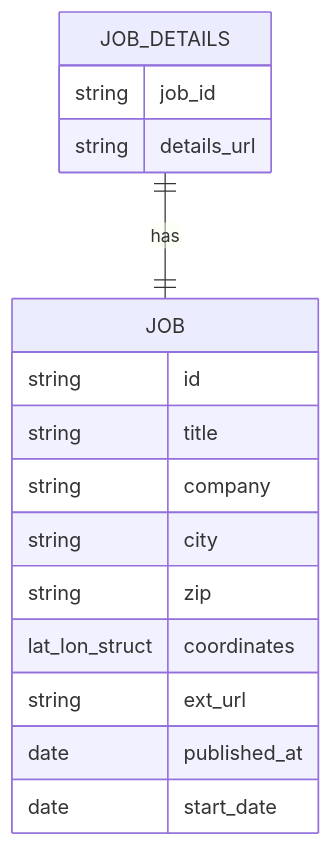
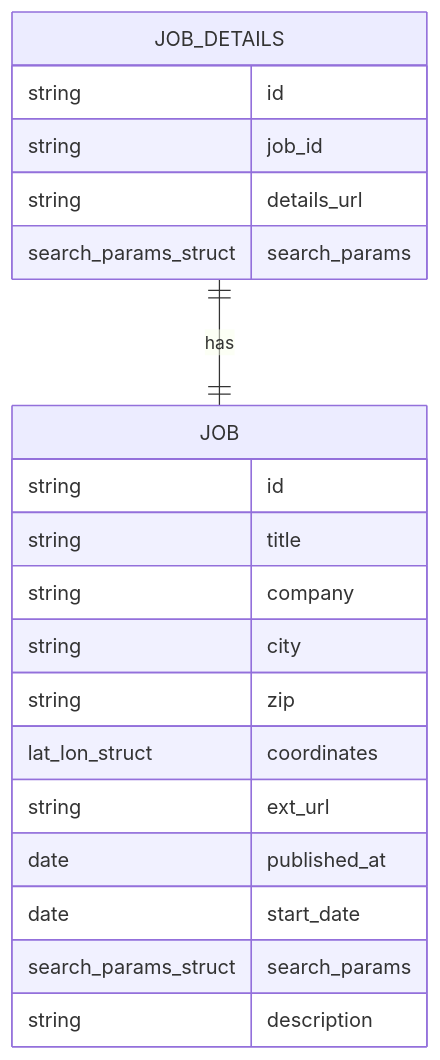
The third of 3 diagrams in README.md (FabsHof/job_scrapy), drawn with Mermaid before and after one commit. The commit also changed 8 other files, not shown here.

````diff
--- a/README.md
+++ b/README.md
@@ -32,19 +32,23 @@
 ```mermaid
 erDiagram
     JOB_DETAILS ||--|| JOB : has
     JOB_DETAILS {
+        string id
         string job_id
         string details_url
+        search_params_struct search_params
     }
     JOB {
         string id
         string title
         string company
         string city
         string zip
         lat_lon_struct coordinates
         string ext_url
         date published_at
         date start_date
+        search_params_struct search_params
+        string description
     }
 ```
````
